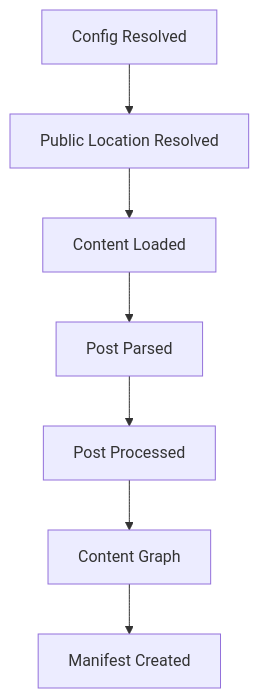
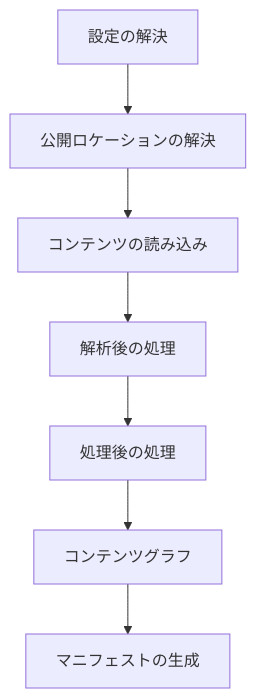
The third of 3 diagrams in docs/docs/framework/plugin-system/lifecycle.ja.md (Rerurate514/riebeckite), drawn with Mermaid before and after one commit. The commit also changed other lines of this file and 310 other files, not shown here.

````diff
--- a/docs/docs/framework/plugin-system/lifecycle.ja.md
+++ b/docs/docs/framework/plugin-system/lifecycle.ja.md
@@ -178,17 +148,17 @@
 ```mermaid id="47k3qg"
 flowchart TD
-    Config["Config Resolved"]
-    Loaded["Content Loaded"]
-    Location["Public Location Resolved"]
-    Parsed["Post Parsed"]
-    Processed["Post Processed"]
-    Graph["Content Graph"]
-    Manifest["Manifest Created"]
+    Config["設定の解決"]
+    Loaded["コンテンツの読み込み"]
+    Location["公開ロケーションの解決"]
+    Parsed["解析後の処理"]
+    Processed["処理後の処理"]
+    Graph["コンテンツグラフ"]
+    Manifest["マニフェストの生成"]
 
     Config --> Location
     Location --> Loaded
     Loaded --> Parsed
     Parsed --> Processed
     Processed --> Graph
     Graph --> Manifest
 ```
````
